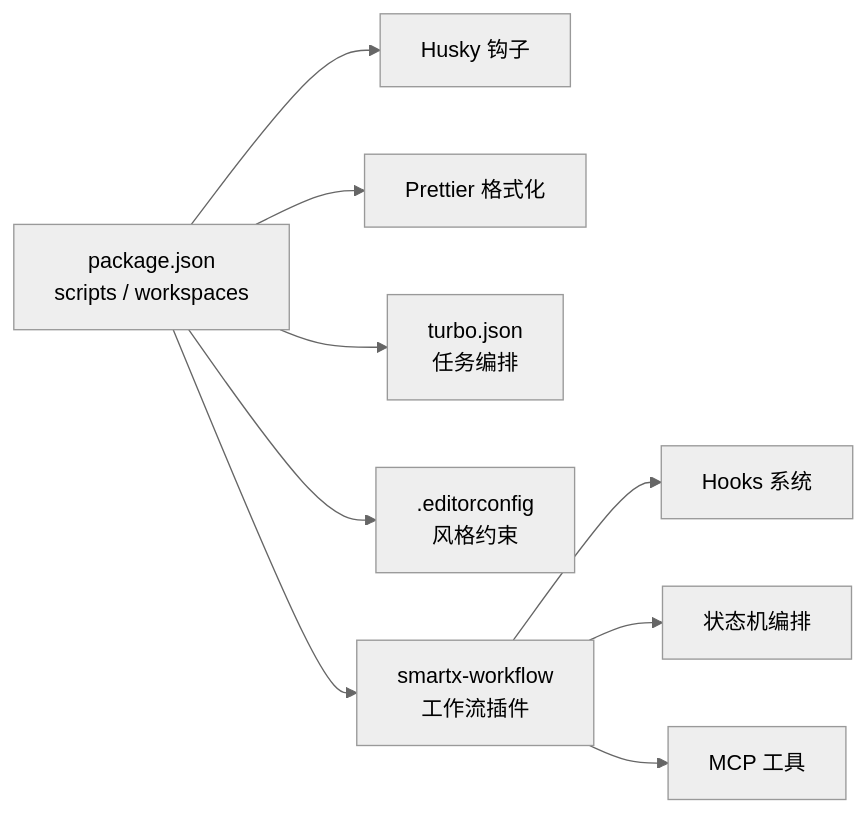
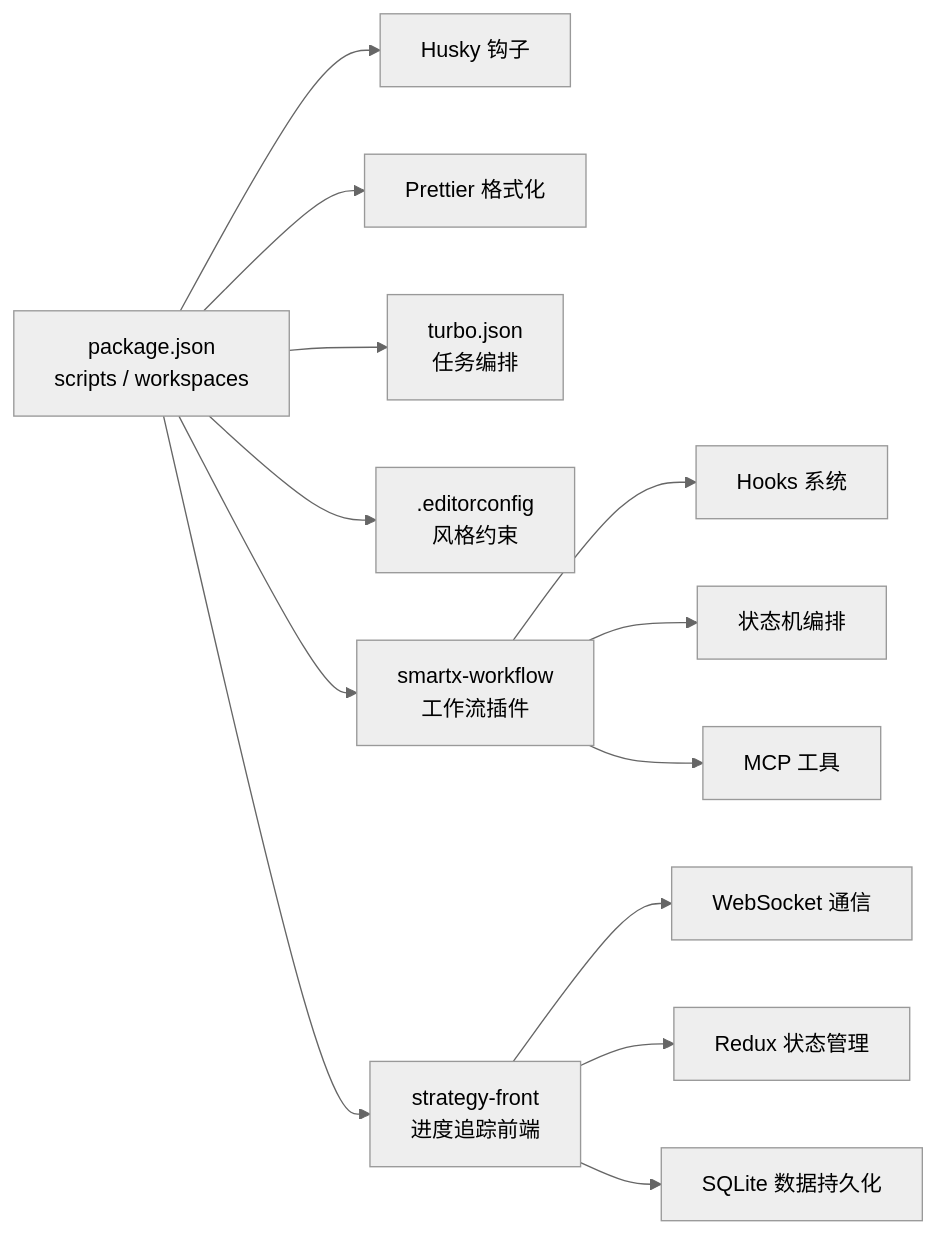
One commit to 89780012/opencode changed the third of 3 diagrams in .lingma/repowiki/zh/content/开发者指南/开发流程/开发流程.md. Above: the diagram before and after it, drawn with Mermaid (neutral theme). The commit also changed other lines of this file and 3 other files, not shown here.

````diff
--- a/.lingma/repowiki/zh/content/开发者指南/开发流程/开发流程.md
+++ b/.lingma/repowiki/zh/content/开发者指南/开发流程/开发流程.md
@@ -283,11 +459,15 @@
 ```mermaid
 graph LR
 Pkg["package.json<br/>scripts / workspaces"] --> Husky["Husky 钩子"]
 Pkg --> Prettier["Prettier 格式化"]
 Pkg --> Turbo["turbo.json<br/>任务编排"]
 Pkg --> Editor[".editorconfig<br/>风格约束"]
 Pkg --> SmartxWorkflow["smartx-workflow<br/>工作流插件"]
+Pkg --> StrategyFront["strategy-front<br/>进度追踪前端"]
 SmartxWorkflow --> HooksSystem["Hooks 系统"]
 SmartxWorkflow --> StateMachine["状态机编排"]
 SmartxWorkflow --> MCPTools["MCP 工具"]
+StrategyFront --> WebSocket["WebSocket 通信"]
+StrategyFront --> Redux["Redux 状态管理"]
+StrategyFront --> SQLite["SQLite 数据持久化"]
 ```
````
